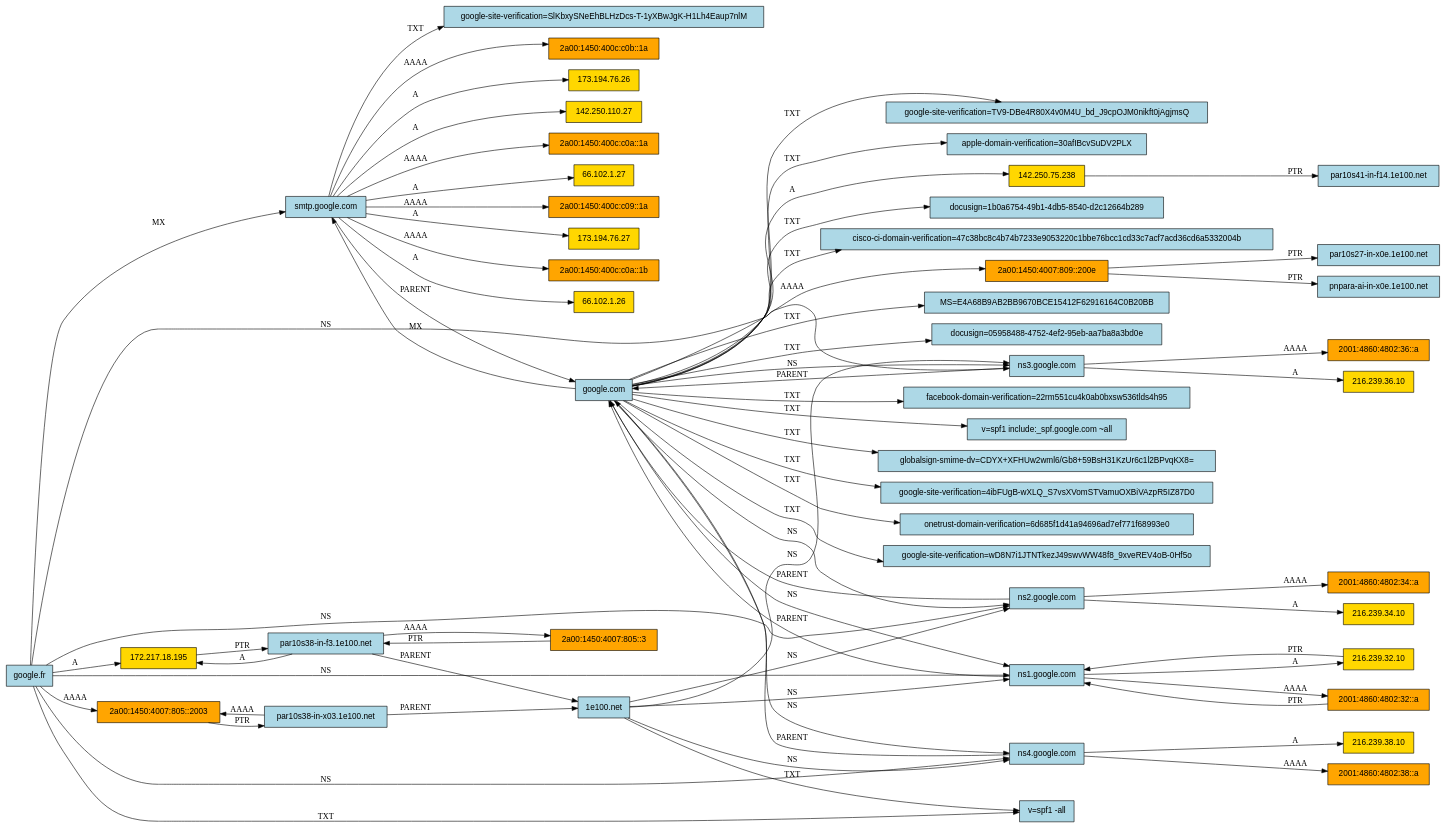
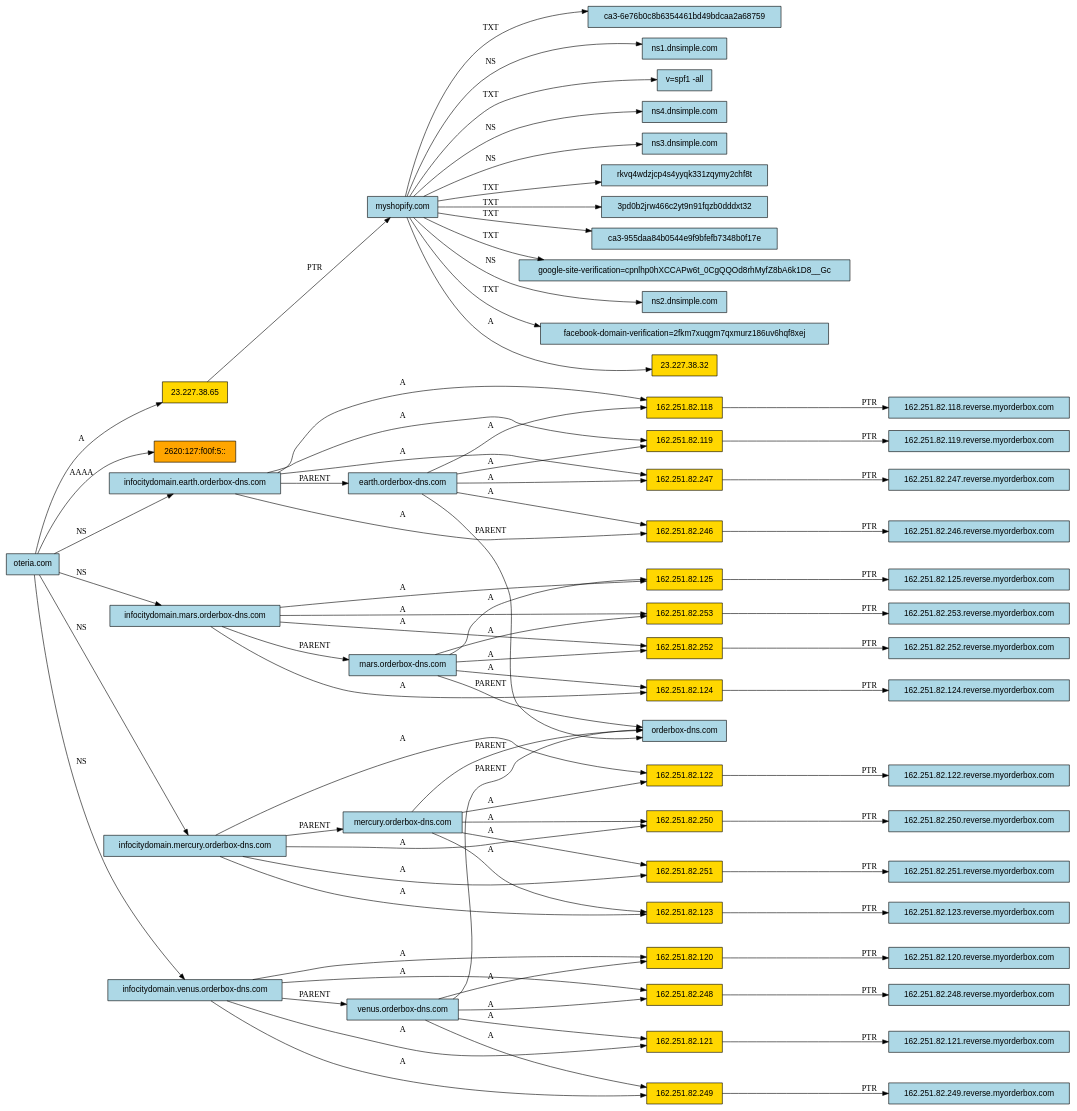
The diagram in scan.dot (Dadaam/dns-checker), drawn with Graphviz before and after one commit. The commit also changed 2 other files, not shown here.

Commit message:
Update requirements and enhance scan.dot with additional DNS records
- Removed pyperclip from requirements.txt
- Added new DNS records and relationships in scan.dot, including various IP addresses, domain verifications, and DNS server entries.

```diff
--- a/scan.dot
+++ b/scan.dot
@@ -1,121 +1,136 @@
 digraph G {
   rankdir=LR;
   node [style=filled, fontname="Helvetica"];
-  "-1651752489823073024" [label="142.250.110.27", fillcolor="gold", shape=box];
-  "-6426932987311887741" [label="2a00:1450:400c:c0a::1a", fillcolor="orange", shape=box];
-  "5021175860903448458" [label="ns2.google.com", fillcolor="lightblue", shape=box];
-  "-1253502892353550835" [label="MS=E4A68B9AB2BB9670BCE15412F62916164C0B20BB", fillcolor="lightblue", shape=box];
-  "4698162070391071506" [label="2a00:1450:4007:805::2003", fillcolor="orange", shape=box];
-  "4071512620696959636" [label="66.102.1.27", fillcolor="gold", shape=box];
-  "-689541937256031082" [label="docusign=05958488-4752-4ef2-95eb-aa7ba8a3bd0e", fillcolor="lightblue", shape=box];
-  "-2520808222179263721" [label="facebook-domain-verification=22rm551cu4k0ab0bxsw536tlds4h95", fillcolor="lightblue", shape=box];
-  "-523980187831829221" [label="v=spf1 include:_spf.google.com ~all", fillcolor="lightblue", shape=box];
-  "4128052116348000028" [label="2a00:1450:400c:c09::1a", fillcolor="orange", shape=box];
-  "-9132305049245789537" [label="2a00:1450:4007:805::3", fillcolor="orange", shape=box];
-  "5414359813929746847" [label="globalsign-smime-dv=CDYX+XFHUw2wml6/Gb8+59BsH31KzUr6c1l2BPvqKX8=", fillcolor="lightblue", shape=box];
-  "-439113259041173341" [label="173.194.76.27", fillcolor="gold", shape=box];
-  "7884324114292475685" [label="pnpara-ai-in-x0e.1e100.net", fillcolor="lightblue", shape=box];
-  "4841374373228710186" [label="ns4.google.com", fillcolor="lightblue", shape=box];
-  "-3237974571453569235" [label="ns1.google.com", fillcolor="lightblue", shape=box];
-  "-776927079761105618" [label="2a00:1450:400c:c0a::1b", fillcolor="orange", shape=box];
-  "2326418362215595953" [label="par10s38-in-f3.1e100.net", fillcolor="lightblue", shape=box];
-  "-9154989607197664205" [label="par10s38-in-x03.1e100.net", fillcolor="lightblue", shape=box];
-  "-5270074935778854732" [label="google-site-verification=4ibFUgB-wXLQ_S7vsXVomSTVamuOXBiVAzpR5IZ87D0", fillcolor="lightblue", shape=box];
-  "-6602471706192075851" [label="google.com", fillcolor="lightblue", shape=box];
-  "-2795005146237647690" [label="par10s27-in-x0e.1e100.net", fillcolor="lightblue", shape=box];
-  "2383120847110428087" [label="onetrust-domain-verification=6d685f1d41a94696ad7ef771f68993e0", fillcolor="lightblue", shape=box];
-  "-7222358047078045506" [label="google.fr", fillcolor="lightblue", shape=box];
-  "-588668512596142783" [label="2001:4860:4802:34::a", fillcolor="orange", shape=box];
-  "3761106964234190924" [label="ns3.google.com", fillcolor="lightblue", shape=box];
-  "5898883453257732428" [label="172.217.18.195", fillcolor="gold", shape=box];
-  "-5014581952682497971" [label="google-site-verification=wD8N7i1JTNTkezJ49swvWW48f8_9xveREV4oB-0Hf5o", fillcolor="lightblue", shape=box];
-  "-3162989126516853680" [label="google-site-verification=TV9-DBe4R80X4v0M4U_bd_J9cpOJM0nikft0jAgjmsQ", fillcolor="lightblue", shape=box];
-  "-5665405741244713646" [label="216.239.36.10", fillcolor="gold", shape=box];
-  "-5339363069423884461" [label="2001:4860:4802:32::a", fillcolor="orange", shape=box];
-  "-3579068385691153198" [label="2001:4860:4802:38::a", fillcolor="orange", shape=box];
-  "-459843270688097282" [label="66.102.1.26", fillcolor="gold", shape=box];
-  "5902992629965072215" [label="apple-domain-verification=30afIBcvSuDV2PLX", fillcolor="lightblue", shape=box];
-  "-5475362120383431977" [label="google-site-verification=SlKbxySNeEhBLHzDcs-T-1yXBwJgK-H1Lh4Eaup7nlM", fillcolor="lightblue", shape=box];
-  "13170229829338717" [label="par10s41-in-f14.1e100.net", fillcolor="lightblue", shape=box];
-  "-2400620132997874722" [label="216.239.34.10", fillcolor="gold", shape=box];
-  "-943762489711489568" [label="smtp.google.com", fillcolor="lightblue", shape=box];
-  "8426393811381618913" [label="142.250.75.238", fillcolor="gold", shape=box];
-  "-4439488326800984480" [label="2a00:1450:400c:c0b::1a", fillcolor="orange", shape=box];
-  "-3499931830423600282" [label="docusign=1b0a6754-49b1-4db5-8540-d2c12664b289", fillcolor="lightblue", shape=box];
-  "-3935303236997660435" [label="216.239.32.10", fillcolor="gold", shape=box];
-  "2925184993330915184" [label="2001:4860:4802:36::a", fillcolor="orange", shape=box];
-  "-7569103990597986827" [label="216.239.38.10", fillcolor="gold", shape=box];
-  "-5534704988451997960" [label="173.194.76.26", fillcolor="gold", shape=box];
-  "7257895377947368697" [label="cisco-ci-domain-verification=47c38bc8c4b74b7233e9053220c1bbe76bcc1cd33c7acf7acd36cd6a5332004b", fillcolor="lightblue", shape=box];
-  "-2648874927591019907" [label="v=spf1 -all", fillcolor="lightblue", shape=box];
-  "-6220054819428293506" [label="2a00:1450:4007:809::200e", fillcolor="orange", shape=box];
-  "3683124677756091263" [label="1e100.net", fillcolor="lightblue", shape=box];
-  "-6602471706192075851" -> "-1253502892353550835" [label="TXT"];
-  "-6602471706192075851" -> "-523980187831829221" [label="TXT"];
-  "4841374373228710186" -> "-6602471706192075851" [label="PARENT"];
-  "3683124677756091263" -> "-3237974571453569235" [label="NS"];
-  "-9154989607197664205" -> "3683124677756091263" [label="PARENT"];
-  "-3237974571453569235" -> "-5339363069423884461" [label="AAAA"];
-  "-3935303236997660435" -> "-3237974571453569235" [label="PTR"];
-  "-943762489711489568" -> "-439113259041173341" [label="A"];
-  "3683124677756091263" -> "5021175860903448458" [label="NS"];
-  "5021175860903448458" -> "-2400620132997874722" [label="A"];
-  "-5339363069423884461" -> "-3237974571453569235" [label="PTR"];
-  "-6602471706192075851" -> "8426393811381618913" [label="A"];
-  "3761106964234190924" -> "-5665405741244713646" [label="A"];
-  "-943762489711489568" -> "-6426932987311887741" [label="AAAA"];
-  "3683124677756091263" -> "-2648874927591019907" [label="TXT"];
-  "-943762489711489568" -> "-776927079761105618" [label="AAAA"];
-  "-7222358047078045506" -> "-3237974571453569235" [label="NS"];
-  "3683124677756091263" -> "4841374373228710186" [label="NS"];
-  "-9154989607197664205" -> "4698162070391071506" [label="AAAA"];
-  "-6602471706192075851" -> "-5014581952682497971" [label="TXT"];
-  "-943762489711489568" -> "-4439488326800984480" [label="AAAA"];
-  "-9132305049245789537" -> "2326418362215595953" [label="PTR"];
-  "3683124677756091263" -> "3761106964234190924" [label="NS"];
-  "-7222358047078045506" -> "-943762489711489568" [label="MX"];
-  "-7222358047078045506" -> "5898883453257732428" [label="A"];
-  "-6602471706192075851" -> "-3499931830423600282" [label="TXT"];
-  "-943762489711489568" -> "4071512620696959636" [label="A"];
-  "-943762489711489568" -> "4128052116348000028" [label="AAAA"];
-  "-6220054819428293506" -> "7884324114292475685" [label="PTR"];
-  "-6602471706192075851" -> "2383120847110428087" [label="TXT"];
-  "-7222358047078045506" -> "-2648874927591019907" [label="TXT"];
-  "-6602471706192075851" -> "-3162989126516853680" [label="TXT"];
-  "-6602471706192075851" -> "7257895377947368697" [label="TXT"];
-  "-943762489711489568" -> "-1651752489823073024" [label="A"];
-  "-7222358047078045506" -> "5021175860903448458" [label="NS"];
-  "-6602471706192075851" -> "-3237974571453569235" [label="NS"];
-  "4841374373228710186" -> "-7569103990597986827" [label="A"];
-  "-6602471706192075851" -> "-943762489711489568" [label="MX"];
-  "-3237974571453569235" -> "-6602471706192075851" [label="PARENT"];
-  "2326418362215595953" -> "-9132305049245789537" [label="AAAA"];
-  "-7222358047078045506" -> "4841374373228710186" [label="NS"];
-  "-6602471706192075851" -> "5021175860903448458" [label="NS"];
-  "-7222358047078045506" -> "4698162070391071506" [label="AAAA"];
-  "4841374373228710186" -> "-3579068385691153198" [label="AAAA"];
-  "-6602471706192075851" -> "-5270074935778854732" [label="TXT"];
-  "-943762489711489568" -> "-5534704988451997960" [label="A"];
-  "2326418362215595953" -> "3683124677756091263" [label="PARENT"];
-  "5898883453257732428" -> "2326418362215595953" [label="PTR"];
-  "-6602471706192075851" -> "-6220054819428293506" [label="AAAA"];
-  "-943762489711489568" -> "-6602471706192075851" [label="PARENT"];
-  "-943762489711489568" -> "-5475362120383431977" [label="TXT"];
-  "-6602471706192075851" -> "-2520808222179263721" [label="TXT"];
-  "-6602471706192075851" -> "5902992629965072215" [label="TXT"];
-  "-6220054819428293506" -> "-2795005146237647690" [label="PTR"];
-  "2326418362215595953" -> "5898883453257732428" [label="A"];
-  "-6602471706192075851" -> "5414359813929746847" [label="TXT"];
-  "5021175860903448458" -> "-6602471706192075851" [label="PARENT"];
-  "8426393811381618913" -> "13170229829338717" [label="PTR"];
-  "-7222358047078045506" -> "3761106964234190924" [label="NS"];
-  "-6602471706192075851" -> "4841374373228710186" [label="NS"];
-  "3761106964234190924" -> "-6602471706192075851" [label="PARENT"];
-  "4698162070391071506" -> "-9154989607197664205" [label="PTR"];
-  "-6602471706192075851" -> "-689541937256031082" [label="TXT"];
-  "-943762489711489568" -> "-459843270688097282" [label="A"];
-  "-6602471706192075851" -> "3761106964234190924" [label="NS"];
-  "5021175860903448458" -> "-588668512596142783" [label="AAAA"];
-  "3761106964234190924" -> "2925184993330915184" [label="AAAA"];
-  "-3237974571453569235" -> "-3935303236997660435" [label="A"];
+  "-6079004232658527614" [label="ca3-6e76b0c8b6354461bd49bdcaa2a68759", fillcolor="lightblue", shape=box];
+  "4577778409753424778" [label="162.251.82.250.reverse.myorderbox.com", fillcolor="lightblue", shape=box];
+  "-762906135725316341" [label="2620:127:f00f:5::", fillcolor="orange", shape=box];
+  "5878236356009665676" [label="myshopify.com", fillcolor="lightblue", shape=box];
+  "1773319268470459149" [label="162.251.82.246", fillcolor="gold", shape=box];
+  "-958107959525813106" [label="162.251.82.249.reverse.myorderbox.com", fillcolor="lightblue", shape=box];
+  "-6770620854732233199" [label="ns1.dnsimple.com", fillcolor="lightblue", shape=box];
+  "1931762511371107354" [label="v=spf1 -all", fillcolor="lightblue", shape=box];
+  "3015161111765021594" [label="162.251.82.251", fillcolor="gold", shape=box];
+  "-645250791369231718" [label="162.251.82.252", fillcolor="gold", shape=box];
+  "-145535624905121888" [label="mars.orderbox-dns.com", fillcolor="lightblue", shape=box];
+  "6281869554568439585" [label="earth.orderbox-dns.com", fillcolor="lightblue", shape=box];
+  "4572928190909620643" [label="infocitydomain.earth.orderbox-dns.com", fillcolor="lightblue", shape=box];
+  "2592078884899049635" [label="162.251.82.119", fillcolor="gold", shape=box];
+  "-1089803719574956121" [label="162.251.82.123", fillcolor="gold", shape=box];
+  "-8455213963793648087" [label="162.251.82.123.reverse.myorderbox.com", fillcolor="lightblue", shape=box];
+  "4661600381623995434" [label="162.251.82.250", fillcolor="gold", shape=box];
+  "-8841684763928196560" [label="162.251.82.125.reverse.myorderbox.com", fillcolor="lightblue", shape=box];
+  "3061985790511389361" [label="mercury.orderbox-dns.com", fillcolor="lightblue", shape=box];
+  "2899118060104166068" [label="venus.orderbox-dns.com", fillcolor="lightblue", shape=box];
+  "6647752740411977652" [label="162.251.82.120.reverse.myorderbox.com", fillcolor="lightblue", shape=box];
+  "1109779334556979256" [label="oteria.com", fillcolor="lightblue", shape=box];
+  "-304767228299258696" [label="162.251.82.125", fillcolor="gold", shape=box];
+  "8698577973606615101" [label="infocitydomain.mercury.orderbox-dns.com", fillcolor="lightblue", shape=box];
+  "-4387691914673185218" [label="ns4.dnsimple.com", fillcolor="lightblue", shape=box];
+  "-3728140186787096002" [label="162.251.82.120", fillcolor="gold", shape=box];
+  "-8848803205140429245" [label="162.251.82.121", fillcolor="gold", shape=box];
+  "698294038006746053" [label="162.251.82.247.reverse.myorderbox.com", fillcolor="lightblue", shape=box];
+  "2322710988740047176" [label="162.251.82.248.reverse.myorderbox.com", fillcolor="lightblue", shape=box];
+  "878587844348539978" [label="162.251.82.246.reverse.myorderbox.com", fillcolor="lightblue", shape=box];
+  "1067965652454030027" [label="162.251.82.248", fillcolor="gold", shape=box];
+  "-4554075848977985586" [label="ns3.dnsimple.com", fillcolor="lightblue", shape=box];
+  "1509374915052602703" [label="162.251.82.252.reverse.myorderbox.com", fillcolor="lightblue", shape=box];
+  "-840734529372901551" [label="rkvq4wdzjcp4s4yyqk331zqymy2chf8t", fillcolor="lightblue", shape=box];
+  "6008391151204322002" [label="162.251.82.121.reverse.myorderbox.com", fillcolor="lightblue", shape=box];
+  "-294099427989862445" [label="infocitydomain.mars.orderbox-dns.com", fillcolor="lightblue", shape=box];
+  "7703992737374041298" [label="orderbox-dns.com", fillcolor="lightblue", shape=box];
+  "9079941258410084820" [label="162.251.82.122", fillcolor="gold", shape=box];
+  "8626795867022339667" [label="162.251.82.124", fillcolor="gold", shape=box];
+  "-7205089309381220647" [label="162.251.82.118.reverse.myorderbox.com", fillcolor="lightblue", shape=box];
+  "-4296615952295780261" [label="3pd0b2jrw466c2yt9n91fqzb0dddxt32", fillcolor="lightblue", shape=box];
+  "3306202551589993309" [label="162.251.82.253", fillcolor="gold", shape=box];
+  "-9130513689690558881" [label="infocitydomain.venus.orderbox-dns.com", fillcolor="lightblue", shape=box];
+  "9184225688583888865" [label="ca3-955daa84b0544e9f9bfefb7348b0f17e", fillcolor="lightblue", shape=box];
+  "6004943657702635490" [label="162.251.82.118", fillcolor="gold", shape=box];
+  "7739739617815422691" [label="162.251.82.119.reverse.myorderbox.com", fillcolor="lightblue", shape=box];
+  "-7230115703636600988" [label="162.251.82.251.reverse.myorderbox.com", fillcolor="lightblue", shape=box];
+  "4808696511294695777" [label="162.251.82.124.reverse.myorderbox.com", fillcolor="lightblue", shape=box];
+  "-1297577831869616922" [label="162.251.82.247", fillcolor="gold", shape=box];
+  "-7403232969457181977" [label="162.251.82.249", fillcolor="gold", shape=box];
+  "-2431003298359596823" [label="google-site-verification=cpnlhp0hXCCAPw6t_0CgQQOd8rhMyfZ8bA6k1D8__Gc", fillcolor="lightblue", shape=box];
+  "4722900485052235244" [label="ns2.dnsimple.com", fillcolor="lightblue", shape=box];
+  "1992150859126687980" [label="162.251.82.122.reverse.myorderbox.com", fillcolor="lightblue", shape=box];
+  "1626987845314211951" [label="facebook-domain-verification=2fkm7xuqgm7qxmurz186uv6hqf8xej", fillcolor="lightblue", shape=box];
+  "9089503481487906038" [label="23.227.38.65", fillcolor="gold", shape=box];
+  "1190896029668104822" [label="162.251.82.253.reverse.myorderbox.com", fillcolor="lightblue", shape=box];
+  "-1100326437926657797" [label="23.227.38.32", fillcolor="gold", shape=box];
+  "-294099427989862445" -> "-145535624905121888" [label="PARENT"];
+  "-145535624905121888" -> "7703992737374041298" [label="PARENT"];
+  "-8848803205140429245" -> "6008391151204322002" [label="PTR"];
+  "5878236356009665676" -> "1931762511371107354" [label="TXT"];
+  "5878236356009665676" -> "9184225688583888865" [label="TXT"];
+  "5878236356009665676" -> "-4554075848977985586" [label="NS"];
+  "9089503481487906038" -> "5878236356009665676" [label="PTR"];
+  "-294099427989862445" -> "-304767228299258696" [label="A"];
+  "1109779334556979256" -> "4572928190909620643" [label="NS"];
+  "-9130513689690558881" -> "-7403232969457181977" [label="A"];
+  "3061985790511389361" -> "9079941258410084820" [label="A"];
+  "2592078884899049635" -> "7739739617815422691" [label="PTR"];
+  "5878236356009665676" -> "-840734529372901551" [label="TXT"];
+  "3061985790511389361" -> "4661600381623995434" [label="A"];
+  "8698577973606615101" -> "-1089803719574956121" [label="A"];
+  "6281869554568439585" -> "7703992737374041298" [label="PARENT"];
+  "-1089803719574956121" -> "-8455213963793648087" [label="PTR"];
+  "5878236356009665676" -> "-6079004232658527614" [label="TXT"];
+  "9079941258410084820" -> "1992150859126687980" [label="PTR"];
+  "3061985790511389361" -> "-1089803719574956121" [label="A"];
+  "4661600381623995434" -> "4577778409753424778" [label="PTR"];
+  "3015161111765021594" -> "-7230115703636600988" [label="PTR"];
+  "-1297577831869616922" -> "698294038006746053" [label="PTR"];
+  "6281869554568439585" -> "6004943657702635490" [label="A"];
+  "4572928190909620643" -> "-1297577831869616922" [label="A"];
+  "5878236356009665676" -> "-4296615952295780261" [label="TXT"];
+  "1109779334556979256" -> "8698577973606615101" [label="NS"];
+  "-145535624905121888" -> "-304767228299258696" [label="A"];
+  "5878236356009665676" -> "-6770620854732233199" [label="NS"];
+  "-9130513689690558881" -> "2899118060104166068" [label="PARENT"];
+  "8698577973606615101" -> "3061985790511389361" [label="PARENT"];
+  "8698577973606615101" -> "9079941258410084820" [label="A"];
+  "8626795867022339667" -> "4808696511294695777" [label="PTR"];
+  "8698577973606615101" -> "3015161111765021594" [label="A"];
+  "4572928190909620643" -> "2592078884899049635" [label="A"];
+  "1109779334556979256" -> "-294099427989862445" [label="NS"];
+  "2899118060104166068" -> "-3728140186787096002" [label="A"];
+  "-294099427989862445" -> "3306202551589993309" [label="A"];
+  "5878236356009665676" -> "1626987845314211951" [label="TXT"];
+  "3061985790511389361" -> "3015161111765021594" [label="A"];
+  "5878236356009665676" -> "-2431003298359596823" [label="TXT"];
+  "5878236356009665676" -> "4722900485052235244" [label="NS"];
+  "2899118060104166068" -> "-8848803205140429245" [label="A"];
+  "6281869554568439585" -> "-1297577831869616922" [label="A"];
+  "1067965652454030027" -> "2322710988740047176" [label="PTR"];
+  "-294099427989862445" -> "8626795867022339667" [label="A"];
+  "5878236356009665676" -> "-1100326437926657797" [label="A"];
+  "-294099427989862445" -> "-645250791369231718" [label="A"];
+  "4572928190909620643" -> "6281869554568439585" [label="PARENT"];
+  "-304767228299258696" -> "-8841684763928196560" [label="PTR"];
+  "-145535624905121888" -> "3306202551589993309" [label="A"];
+  "-9130513689690558881" -> "-3728140186787096002" [label="A"];
+  "6004943657702635490" -> "-7205089309381220647" [label="PTR"];
+  "1109779334556979256" -> "9089503481487906038" [label="A"];
+  "1109779334556979256" -> "-9130513689690558881" [label="NS"];
+  "5878236356009665676" -> "-4387691914673185218" [label="NS"];
+  "6281869554568439585" -> "2592078884899049635" [label="A"];
+  "-145535624905121888" -> "-645250791369231718" [label="A"];
+  "3306202551589993309" -> "1190896029668104822" [label="PTR"];
+  "2899118060104166068" -> "7703992737374041298" [label="PARENT"];
+  "4572928190909620643" -> "1773319268470459149" [label="A"];
+  "2899118060104166068" -> "1067965652454030027" [label="A"];
+  "3061985790511389361" -> "7703992737374041298" [label="PARENT"];
+  "1773319268470459149" -> "878587844348539978" [label="PTR"];
+  "-9130513689690558881" -> "-8848803205140429245" [label="A"];
+  "8698577973606615101" -> "4661600381623995434" [label="A"];
+  "-7403232969457181977" -> "-958107959525813106" [label="PTR"];
+  "-645250791369231718" -> "1509374915052602703" [label="PTR"];
+  "-145535624905121888" -> "8626795867022339667" [label="A"];
+  "-3728140186787096002" -> "6647752740411977652" [label="PTR"];
+  "1109779334556979256" -> "-762906135725316341" [label="AAAA"];
+  "-9130513689690558881" -> "1067965652454030027" [label="A"];
+  "4572928190909620643" -> "6004943657702635490" [label="A"];
+  "2899118060104166068" -> "-7403232969457181977" [label="A"];
+  "6281869554568439585" -> "1773319268470459149" [label="A"];
 }
```
